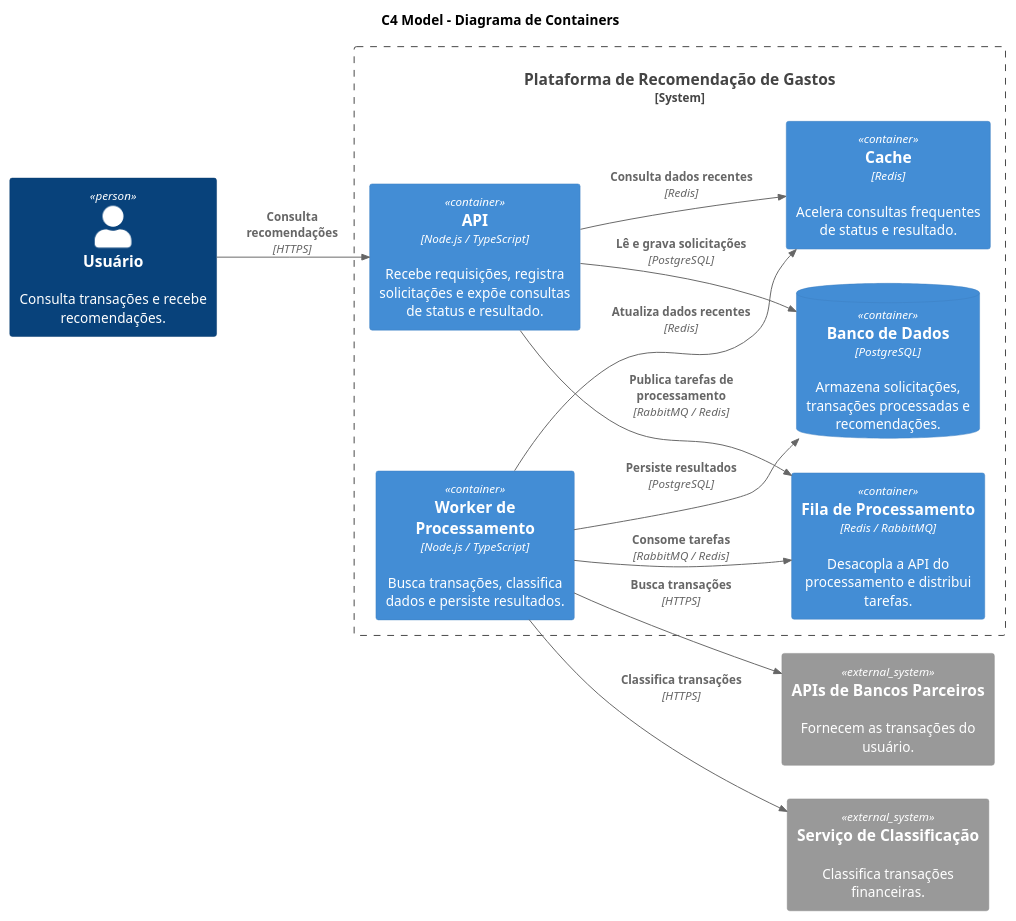
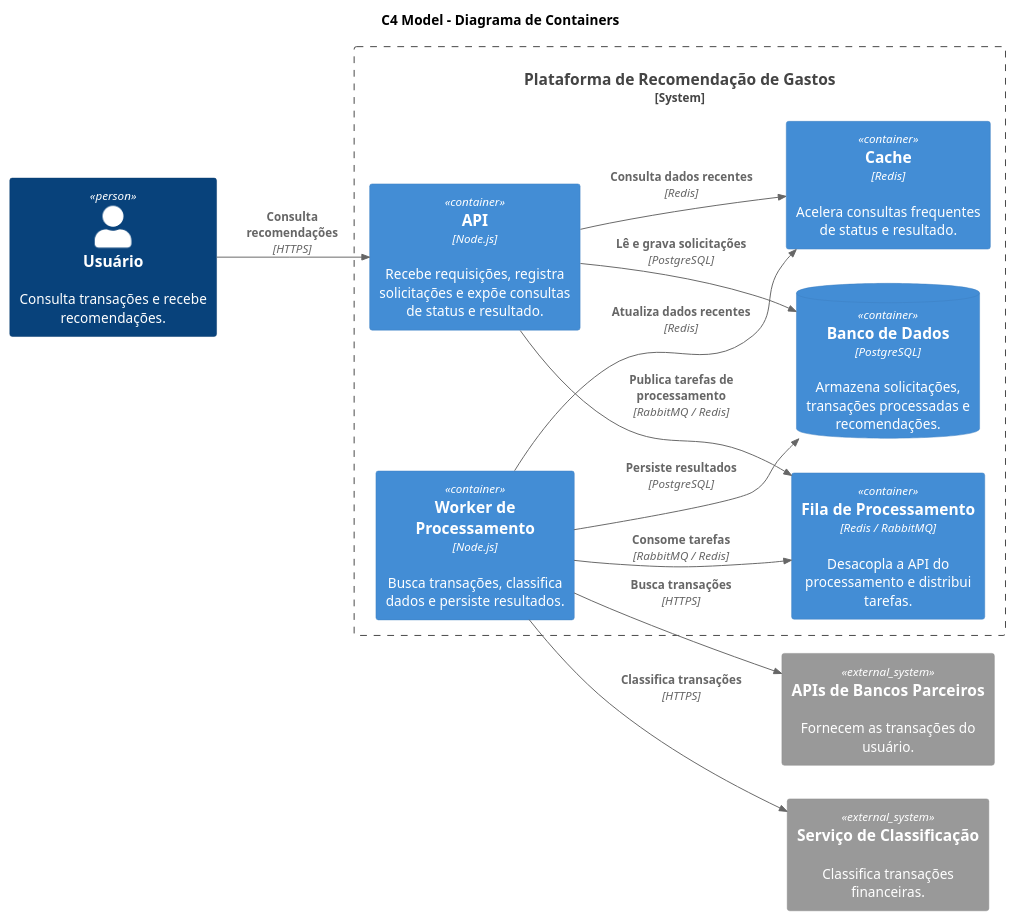
The diagram in 2__diagramas/2.2__c4-containers.puml (nelsera/idwall-desafio-arquitetura), drawn with PlantUML before and after one commit. The commit also changed 1 other file, not shown here.

Commit message:
docs: adiciona diagrama C4 de componentes

```diff
--- a/2__diagramas/2.2__c4-containers.puml
+++ b/2__diagramas/2.2__c4-containers.puml
@@ -1,43 +1,43 @@
 @startuml c4-containers
 !includeurl https://raw.githubusercontent.com/plantuml-stdlib/C4-PlantUML/master/C4_Container.puml
 
 LAYOUT_LEFT_RIGHT()
 
 title C4 Model - Diagrama de Containers
 
 ' Atores
 Person(usuario, "Usuário", "Consulta transações e recebe recomendações.")
 
 ' Sistema principal
 System_Boundary(sistema, "Plataforma de Recomendação de Gastos") {
 
   ' Containers
-  Container(api, "API", "Node.js / TypeScript", "Recebe requisições, registra solicitações e expõe consultas de status e resultado.")
+  Container(api, "API", "Node.js", "Recebe requisições, registra solicitações e expõe consultas de status e resultado.")
 
   Container(fila, "Fila de Processamento", "Redis / RabbitMQ", "Desacopla a API do processamento e distribui tarefas.")
 
-  Container(worker, "Worker de Processamento", "Node.js / TypeScript", "Busca transações, classifica dados e persiste resultados.")
+  Container(worker, "Worker de Processamento", "Node.js", "Busca transações, classifica dados e persiste resultados.")
 
   ContainerDb(db, "Banco de Dados", "PostgreSQL", "Armazena solicitações, transações processadas e recomendações.")
 
   Container(cache, "Cache", "Redis", "Acelera consultas frequentes de status e resultado.")
 }
 
 ' Sistemas externos
 System_Ext(bancos, "APIs de Bancos Parceiros", "Fornecem as transações do usuário.")
 System_Ext(ml, "Serviço de Classificação", "Classifica transações financeiras.")
 
 ' Relacionamentos
 Rel(usuario, api, "Consulta recomendações", "HTTPS")
 
 Rel(api, fila, "Publica tarefas de processamento", "RabbitMQ / Redis")
 Rel(api, db, "Lê e grava solicitações", "PostgreSQL")
 Rel(api, cache, "Consulta dados recentes", "Redis")
 
 Rel(worker, fila, "Consome tarefas", "RabbitMQ / Redis")
 Rel(worker, bancos, "Busca transações", "HTTPS")
 Rel(worker, ml, "Classifica transações", "HTTPS")
 Rel(worker, db, "Persiste resultados", "PostgreSQL")
 Rel(worker, cache, "Atualiza dados recentes", "Redis")
 
 @enduml
```
